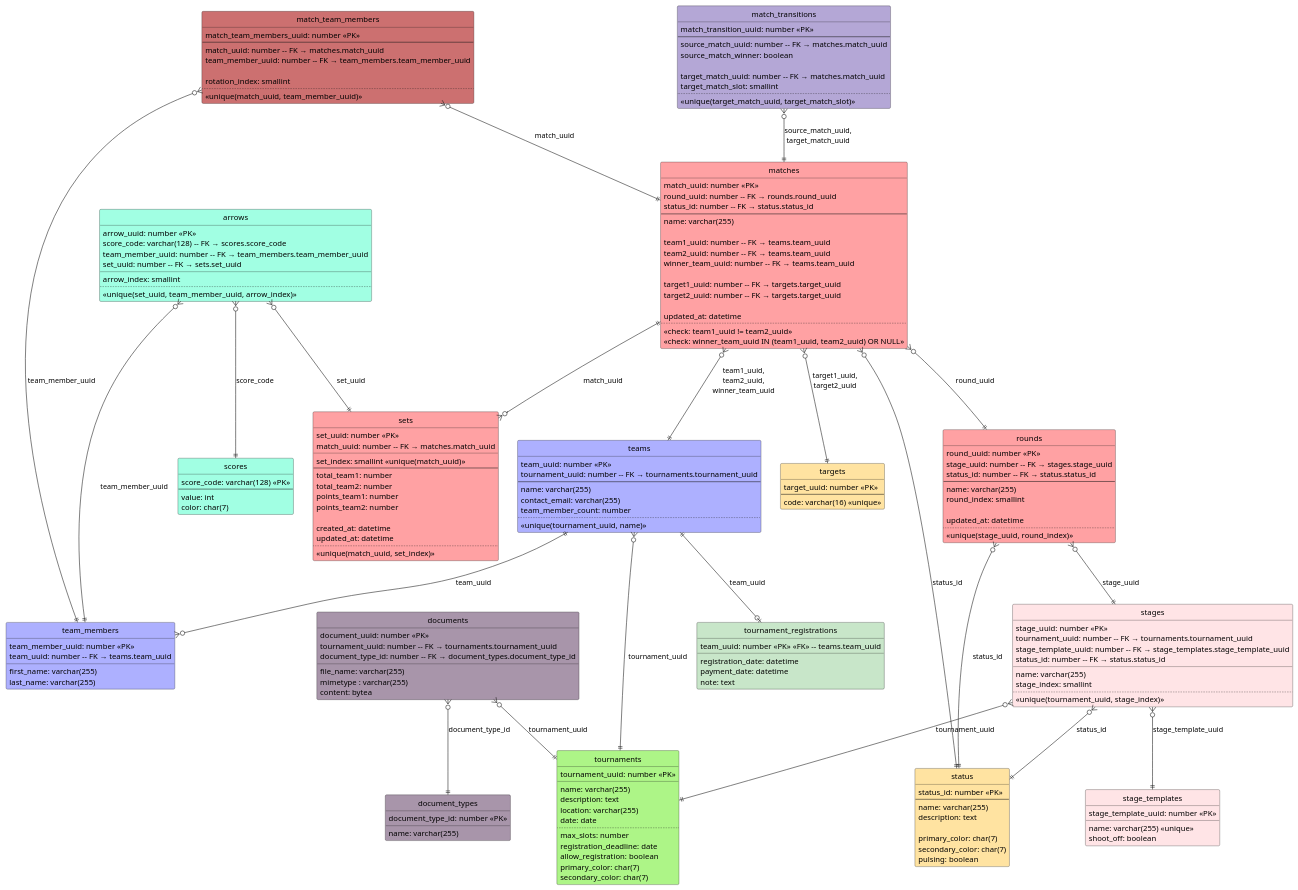
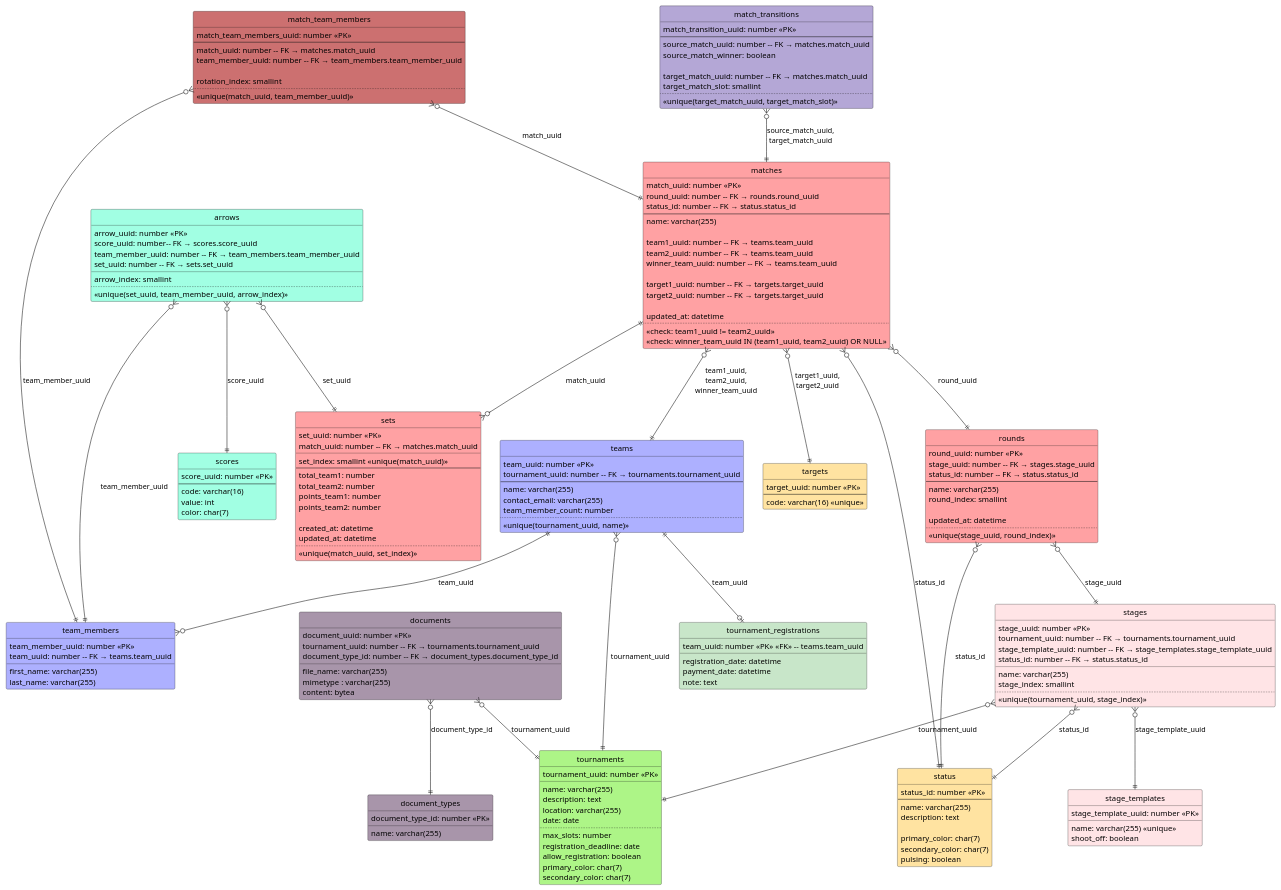
The diagram in structure.puml (SV-Scherenbostel-Bogensport/archery-team-tournament-backend), drawn with PlantUML before and after one commit. The commit also changed 53 other files, not shown here.

```diff
--- a/structure.puml
+++ b/structure.puml
@@ -148,7 +148,7 @@
 
 entity "arrows" as arrows #a1ffe3 {
     arrow_uuid: number <<PK>>
-    score_code: varchar(128) -- FK → scores.score_code
+    score_uuid: number-- FK → scores.score_uuid
     team_member_uuid: number -- FK → team_members.team_member_uuid
     set_uuid: number -- FK → sets.set_uuid
     __
@@ -158,8 +158,9 @@
 }
 
 entity "scores" as scores #a1ffe3 {
-    score_code: varchar(128) <<PK>>
+    score_uuid: number <<PK>>
     --
+    code: varchar(16)
     value: int
     color: char(7)
 }
@@ -210,7 +211,7 @@
 teams ||--o| tournament_registrations : "team_uuid"
 teams }o--|| tournaments : "tournament_uuid"
 
-arrows }o--|| scores : "score_code"
+arrows }o--|| scores : "score_uuid"
 arrows }o--|| team_members : "team_member_uuid"
 arrows }o--|| sets : "set_uuid"
 
```
